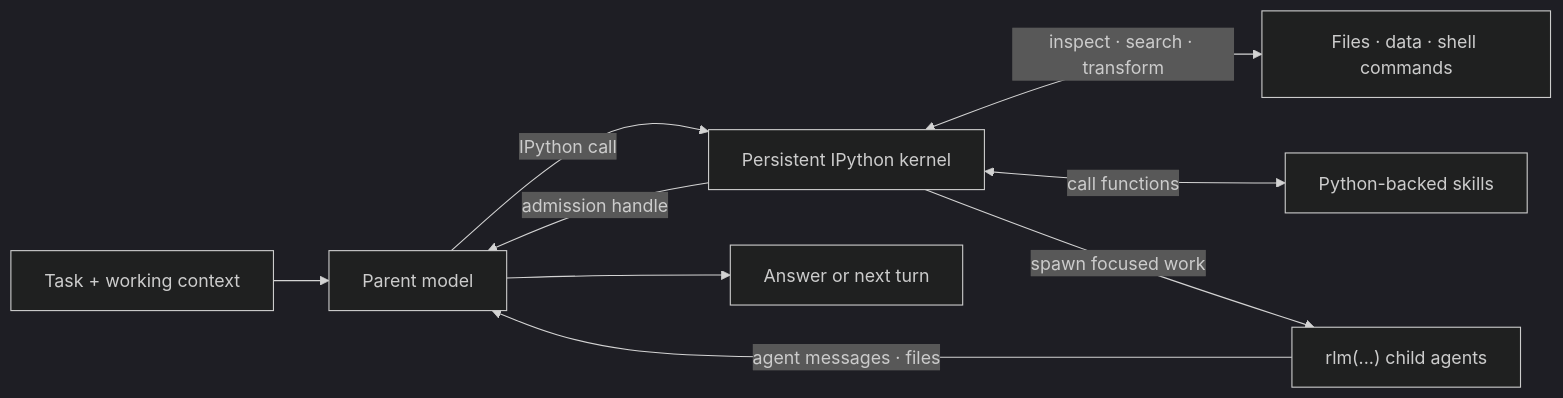
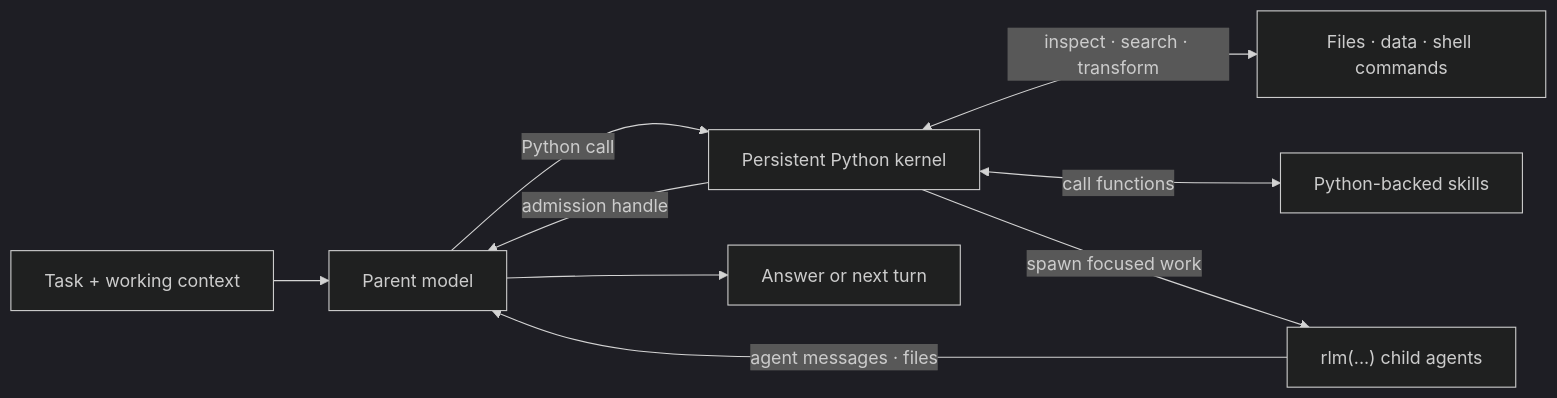
Before and after one commit to AndriyPytel/prime-agent: the diagram in packages/coding-agent/release/packages/coding-agent/docs/rlm.md, drawn with Mermaid (dark theme). The commit also changed other lines of this file and 54 other files, not shown here.

````diff
--- a/packages/coding-agent/release/packages/coding-agent/docs/rlm.md
+++ b/packages/coding-agent/release/packages/coding-agent/docs/rlm.md
@@ -7,19 +7,19 @@
 ```mermaid
 flowchart LR
     task["Task + working context"]
     parent["Parent model"]
-    kernel["Persistent IPython kernel"]
+    kernel["Persistent Python kernel"]
     data["Files · data · shell commands"]
     skills["Python-backed skills"]
     children["rlm(...) child agents"]
     answer["Answer or next turn"]
 
     task --> parent
-    parent -->|"IPython call"| kernel
+    parent -->|"Python call"| kernel
     kernel <-->|"inspect · search · transform"| data
     kernel <-->|"call functions"| skills
     kernel -->|"spawn focused work"| children
     children -->|"agent messages · files"| parent
     kernel -->|"admission handle"| parent
     parent --> answer
 ```
````
